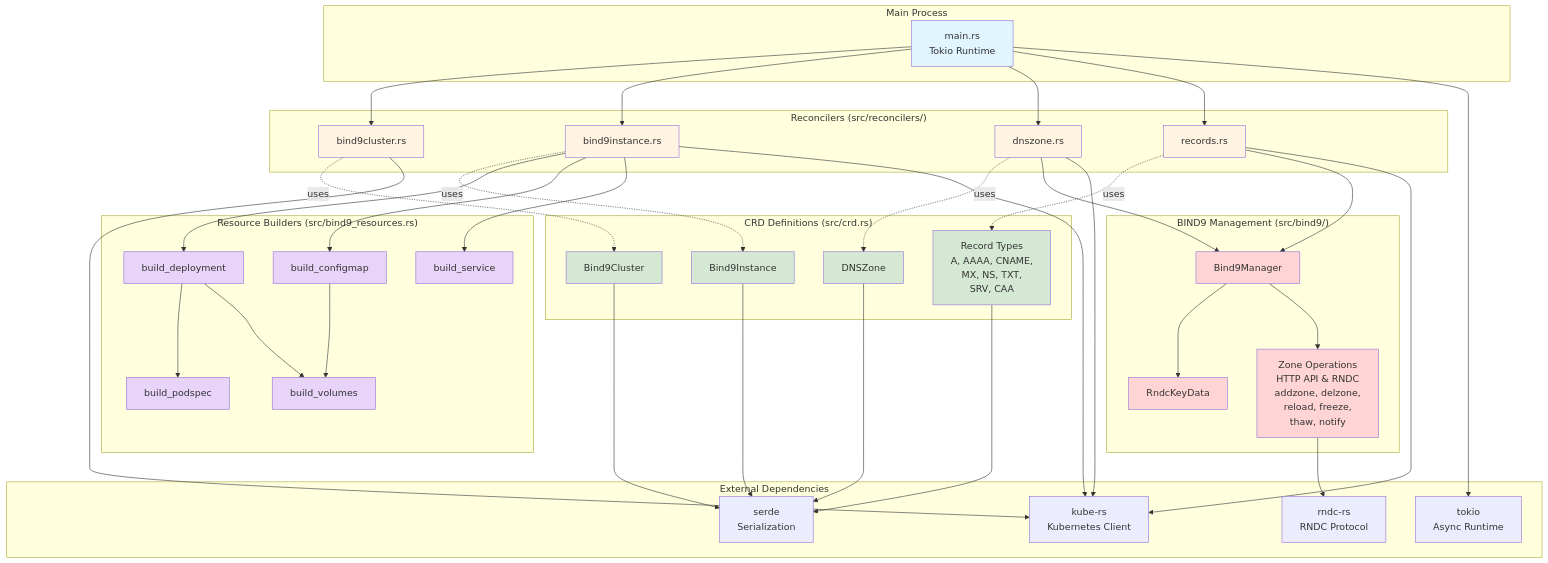
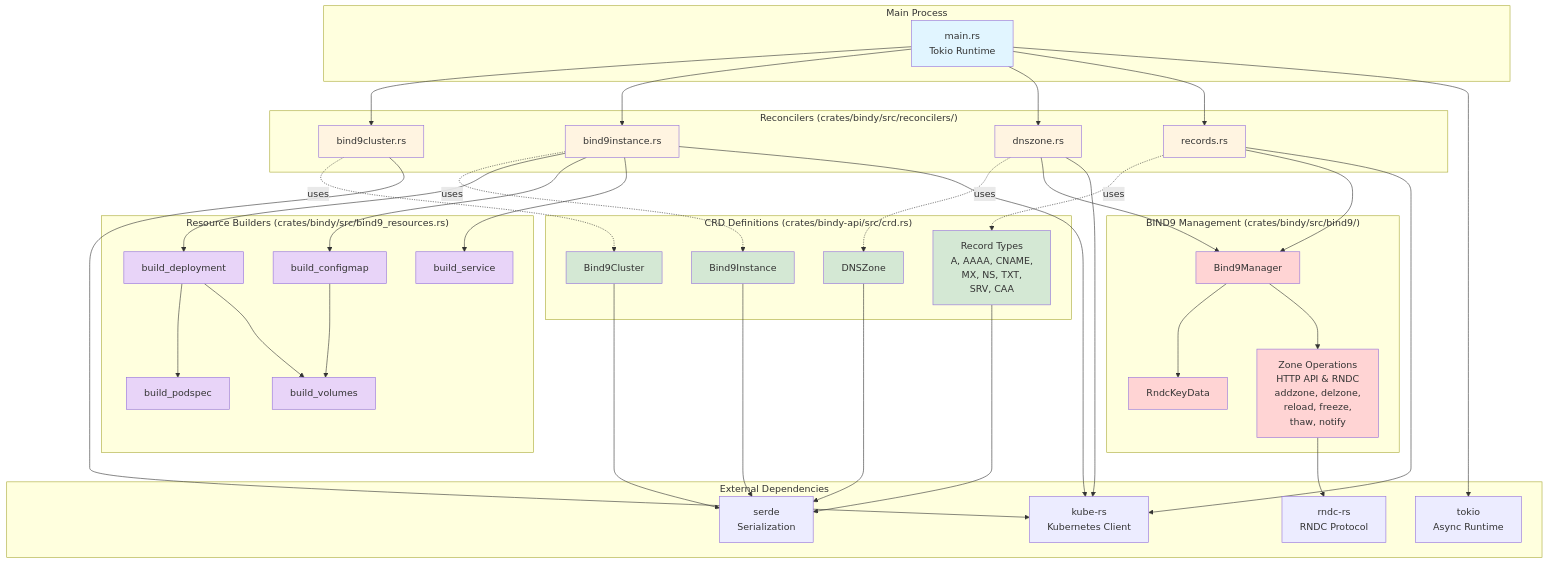
Before and after one commit to firestoned/bindy: the second of 8 diagrams in docs/src/concepts/architecture-diagrams.md, drawn with Mermaid. The commit also changed 211 other files, not shown here.

First line of the commit message:
refactor(workspace): Cargo workspace with leaf bindy-api crate (ADR-0009, roadmap 01 Phase A) (#519)

```diff
--- a/docs/src/concepts/architecture-diagrams.md
+++ b/docs/src/concepts/architecture-diagrams.md
@@ -133,27 +133,27 @@
         MAIN[main.rs<br/>Tokio Runtime]
     end
 
-    subgraph "CRD Definitions (src/crd.rs)"
+    subgraph "CRD Definitions (crates/bindy-api/src/crd.rs)"
         CRD_BC[Bind9Cluster]
         CRD_BI[Bind9Instance]
         CRD_DZ[DNSZone]
         CRD_REC[Record Types<br/>A, AAAA, CNAME,<br/>MX, NS, TXT,<br/>SRV, CAA]
     end
 
-    subgraph "Reconcilers (src/reconcilers/)"
+    subgraph "Reconcilers (crates/bindy/src/reconcilers/)"
         RECON_BC[bind9cluster.rs]
         RECON_BI[bind9instance.rs]
         RECON_DZ[dnszone.rs]
         RECON_REC[records.rs]
     end
 
-    subgraph "BIND9 Management (src/bind9/)"
+    subgraph "BIND9 Management (crates/bindy/src/bind9/)"
         BM_MGR[Bind9Manager]
         BM_KEY[RndcKeyData]
         BM_CMD[Zone Operations<br/>HTTP API & RNDC<br/>addzone, delzone,<br/>reload, freeze,<br/>thaw, notify]
     end
 
-    subgraph "Resource Builders (src/bind9_resources.rs)"
+    subgraph "Resource Builders (crates/bindy/src/bind9_resources.rs)"
         RB_DEP[build_deployment]
         RB_CM[build_configmap]
         RB_SVC[build_service]
```
